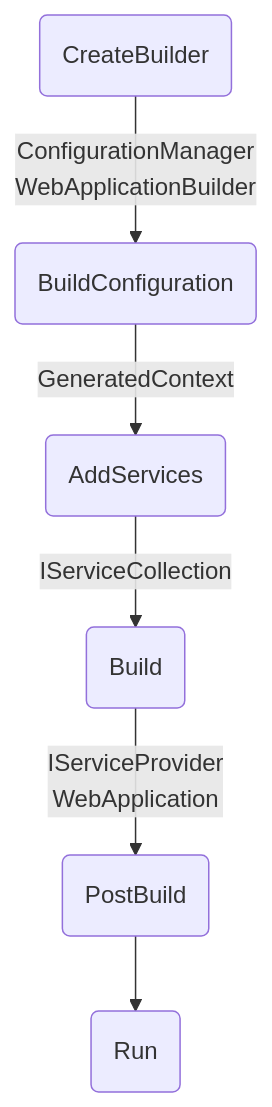
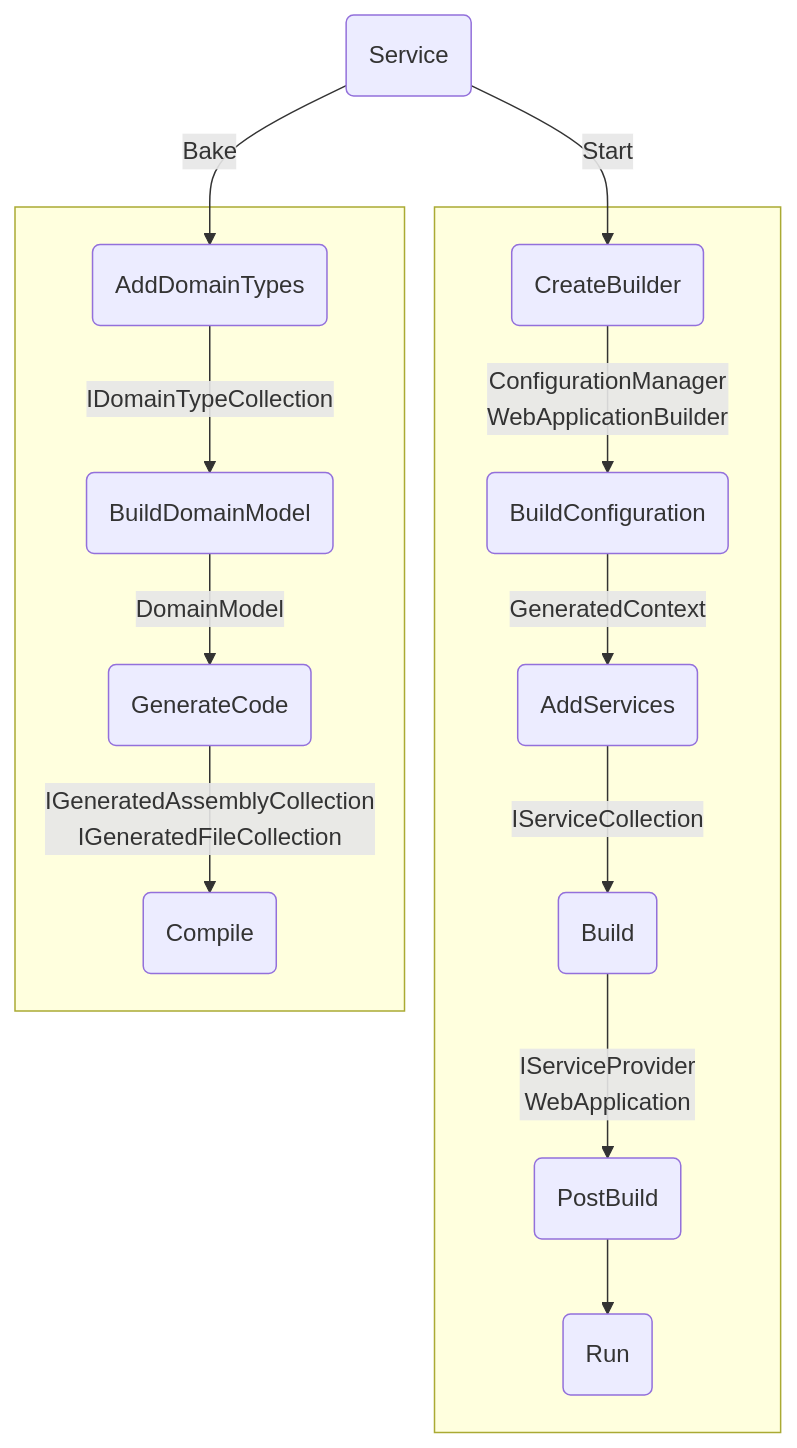
One commit to mouseless/baked changed the diagram in docs/recipes/service.md. Above: the diagram before and after it, drawn with Mermaid. The commit also changed 1 other file, not shown here.

Commit message:
merge recipe phase execution graphs

````diff
--- a/docs/recipes/service.md
+++ b/docs/recipes/service.md
@@ -93,15 +77,44 @@
 ```mermaid
-flowchart TD
+flowchart TD;
+    App(Service)
+    
+    AD(AddDomainTypes)
+    BD(BuildDomainModel)
+    GC(GenerateCode)
+    C(Compile)
+
+    App -->|Bake| AD
+    AD -->|IDomainTypeCollection| BD
+    BD -->|DomainModel| GC
+    GC -->|IGeneratedAssemblyCollection\nIGeneratedFileCollection| C
+
     CB(CreateBuilder)
     BC(BuildConfiguration)
     AS(AddServices)
     B(Build)
     PB(PostBuild)
     R(Run)
 
+    App -->|Start| CB
     CB -->|ConfigurationManager\nWebApplicationBuilder| BC
     BC -->|GeneratedContext| AS
     AS -->|IServiceCollection| B
     B -->|IServiceProvider\nWebApplication|PB
     PB --> R
+
+    subgraph Start[ ]
+        CB
+        BC
+        AS
+        B
+        PB
+        R
+    end
+
+    subgraph Bake[ ]
+        AD
+        BD
+        GC
+        C
+    end
 ```
````
